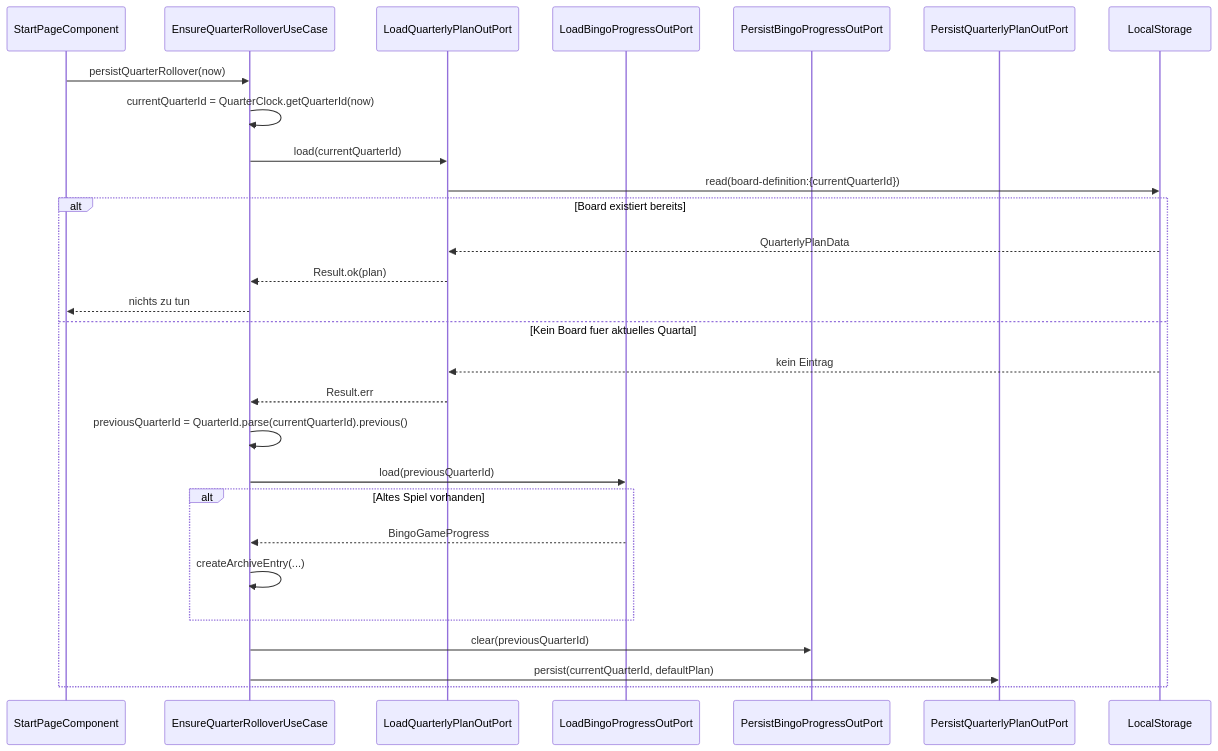
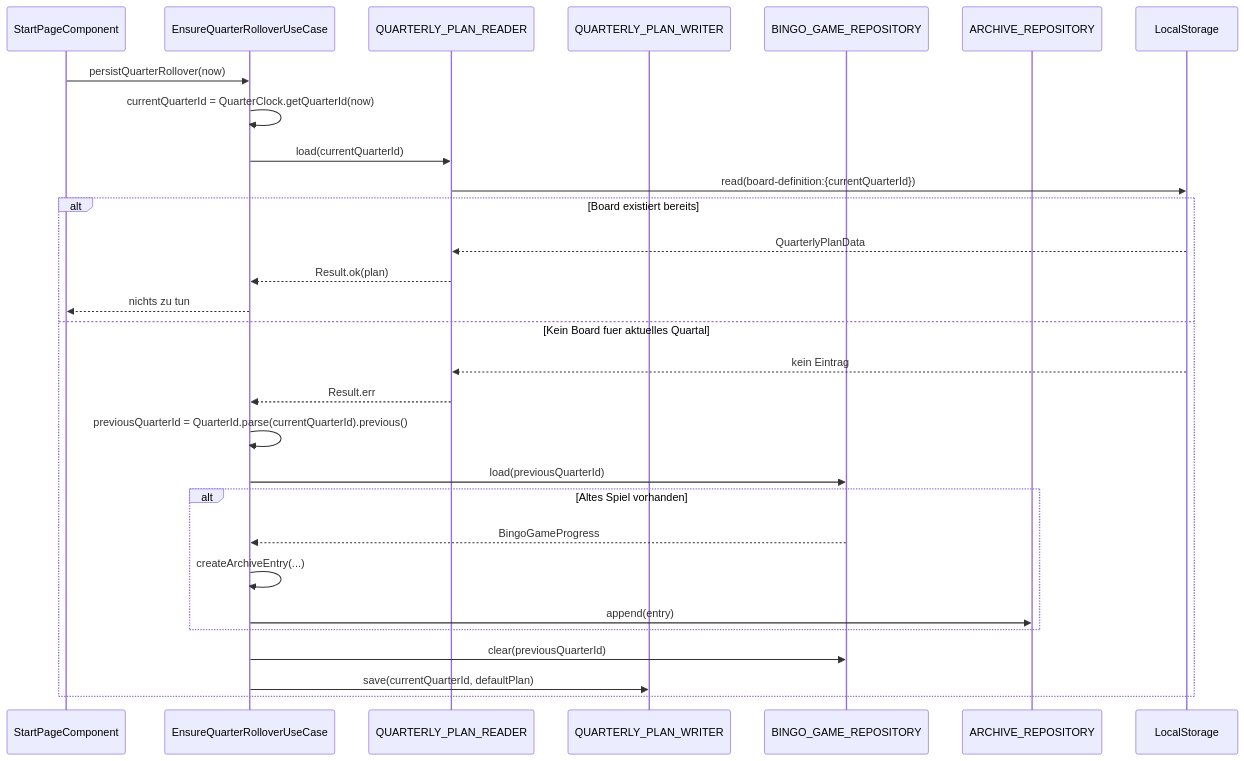
The fourth of 11 diagrams in docs/arc42.md (flingoflux/knitting-quarterly-bingo), drawn with Mermaid before and after one commit. The commit also changed other lines of this file, not shown here.

````diff
--- a/docs/arc42.md
+++ b/docs/arc42.md
@@ -264,31 +259,32 @@
 ```mermaid
 sequenceDiagram
   participant SPC as StartPageComponent
   participant RUC as EnsureQuarterRolloverUseCase
-  participant QPL as LoadQuarterlyPlanOutPort
-  participant BGL as LoadBingoProgressOutPort
-  participant BGP as PersistBingoProgressOutPort
-  participant QPP as PersistQuarterlyPlanOutPort
+  participant QPR as QUARTERLY_PLAN_READER
+  participant QPW as QUARTERLY_PLAN_WRITER
+  participant BGR as BINGO_GAME_REPOSITORY
+  participant AR as ARCHIVE_REPOSITORY
   participant LocalStorage
 
   SPC->>RUC: persistQuarterRollover(now)
   RUC->>RUC: currentQuarterId = QuarterClock.getQuarterId(now)
-  RUC->>QPL: load(currentQuarterId)
-  QPL->>LocalStorage: read(board-definition:{currentQuarterId})
+  RUC->>QPR: load(currentQuarterId)
+  QPR->>LocalStorage: read(board-definition:{currentQuarterId})
   alt Board existiert bereits
-    LocalStorage-->>QPL: QuarterlyPlanData
-    QPL-->>RUC: Result.ok(plan)
+    LocalStorage-->>QPR: QuarterlyPlanData
+    QPR-->>RUC: Result.ok(plan)
     RUC-->>SPC: nichts zu tun
   else Kein Board fuer aktuelles Quartal
-    LocalStorage-->>QPL: kein Eintrag
-    QPL-->>RUC: Result.err
+    LocalStorage-->>QPR: kein Eintrag
+    QPR-->>RUC: Result.err
     RUC->>RUC: previousQuarterId = QuarterId.parse(currentQuarterId).previous()
-    RUC->>BGL: load(previousQuarterId)
+    RUC->>BGR: load(previousQuarterId)
     alt Altes Spiel vorhanden
-      BGL-->>RUC: BingoGameProgress
+      BGR-->>RUC: BingoGameProgress
       RUC->>RUC: createArchiveEntry(...)
+      RUC->>AR: append(entry)
     end
-    RUC->>BGP: clear(previousQuarterId)
-    RUC->>QPP: persist(currentQuarterId, defaultPlan)
+    RUC->>BGR: clear(previousQuarterId)
+    RUC->>QPW: save(currentQuarterId, defaultPlan)
   end
 ```
````
